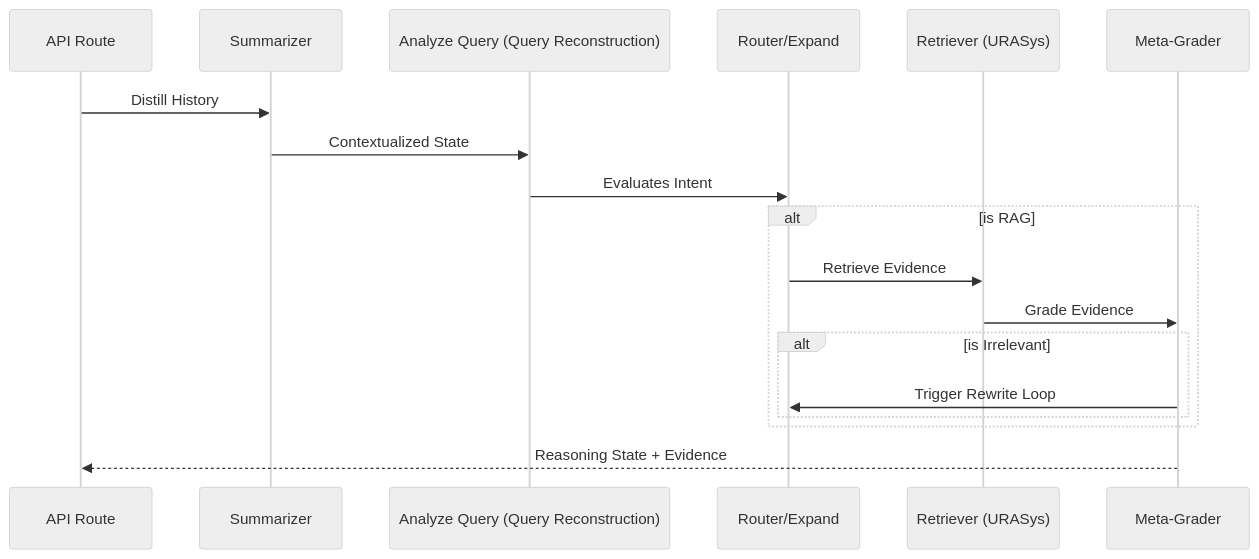
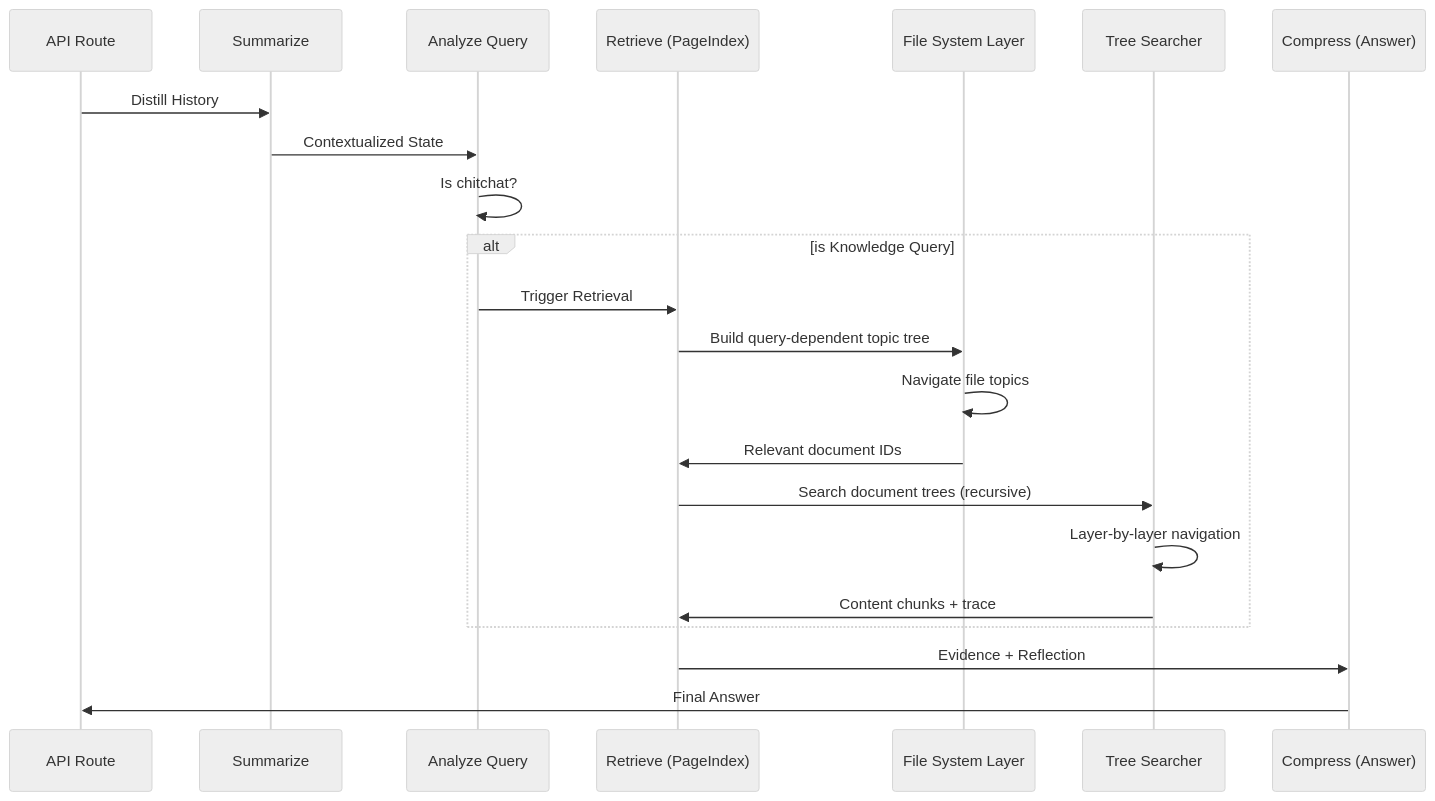
The diagram in docs/arc42/06_runtime_view.md (DragonL57/vmg_chatbot), drawn with Mermaid (neutral theme) before and after one commit. The commit also changed other lines of this file and 113 other files, not shown here.

First line of the commit message:
refactor: PageIndex vectorless RAG — full migration

````diff
--- a/docs/arc42/06_runtime_view.md
+++ b/docs/arc42/06_runtime_view.md
@@ -12,21 +15,25 @@
 ```mermaid
 sequenceDiagram
     participant API as API Route
-    participant S as Summarizer
-    participant A as Analyze Query (Query Reconstruction)
-    participant R as Router/Expand
-    participant K as Retriever (URASys)
-    participant G as Meta-Grader
+    participant S as Summarize
+    participant A as Analyze Query
+    participant R as Retrieve (PageIndex)
+    participant FS as File System Layer
+    participant TS as Tree Searcher
+    participant C as Compress (Answer)
 
     API->>S: Distill History
     S->>A: Contextualized State
-    A->>R: Evaluates Intent
-    alt is RAG
-        R->>K: Retrieve Evidence
-        K->>G: Grade Evidence
-        alt is Irrelevant
-            G->>R: Trigger Rewrite Loop
-        end
+    A->>A: Is chitchat?
+    alt is Knowledge Query
+        A->>R: Trigger Retrieval
+        R->>FS: Build query-dependent topic tree
+        FS->>FS: Navigate file topics
+        FS->>R: Relevant document IDs
+        R->>TS: Search document trees (recursive)
+        TS->>TS: Layer-by-layer navigation
+        TS->>R: Content chunks + trace
     end
-    G-->>API: Reasoning State + Evidence
+    R->>C: Evidence + Reflection
+    C->>API: Final Answer
 ```
````
